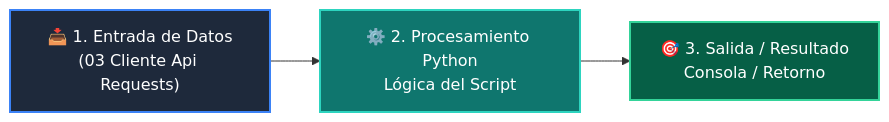
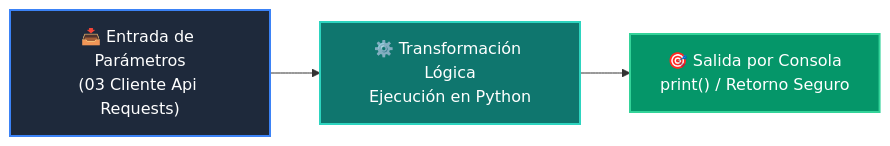
Before and after one commit to wisrovi/wisrovi-python: the diagram in 04-proyecto-final/clase-04-frontend-streamlit/ejemplos/ejemplo_03_cliente_api_requests/README.md, drawn with Mermaid. The commit also changed other lines of this file and 226 other files, not shown here.

Commit message:
docs: elevate all repository READMEs to world-class mastery standard with rich pedagogical architecture, custom Mermaids, and professional styling

````diff
--- a/04-proyecto-final/clase-04-frontend-streamlit/ejemplos/ejemplo_03_cliente_api_requests/README.md
+++ b/04-proyecto-final/clase-04-frontend-streamlit/ejemplos/ejemplo_03_cliente_api_requests/README.md
@@ -12,9 +19,9 @@
 ```mermaid
 flowchart LR
-    A["📥 1. Entrada de Datos<br/>(03 Cliente Api Requests)"] --> B["⚙️ 2. Procesamiento Python<br/>Lógica del Script"]
-    B --> C["🎯 3. Salida / Resultado<br/>Consola / Retorno"]
+    A["📥 Entrada de Parámetros<br/>(03 Cliente Api Requests)"] --> B["⚙️ Transformación Lógica<br/>Ejecución en Python"]
+    B --> C["🎯 Salida por Consola<br/>print() / Retorno Seguro"]
 
-    style A fill:#1e293b,color:#fff,stroke:#3b82f6,stroke-width:2px
-    style B fill:#0f766e,color:#fff,stroke:#2dd4bf,stroke-width:2px
-    style C fill:#065f46,color:#fff,stroke:#34d399,stroke-width:2px
+    style A fill:#1e293b,color:#ffffff,stroke:#3b82f6,stroke-width:2px
+    style B fill:#0f766e,color:#ffffff,stroke:#2dd4bf,stroke-width:2px
+    style C fill:#059669,color:#ffffff,stroke:#34d399,stroke-width:2px
 ```
````
